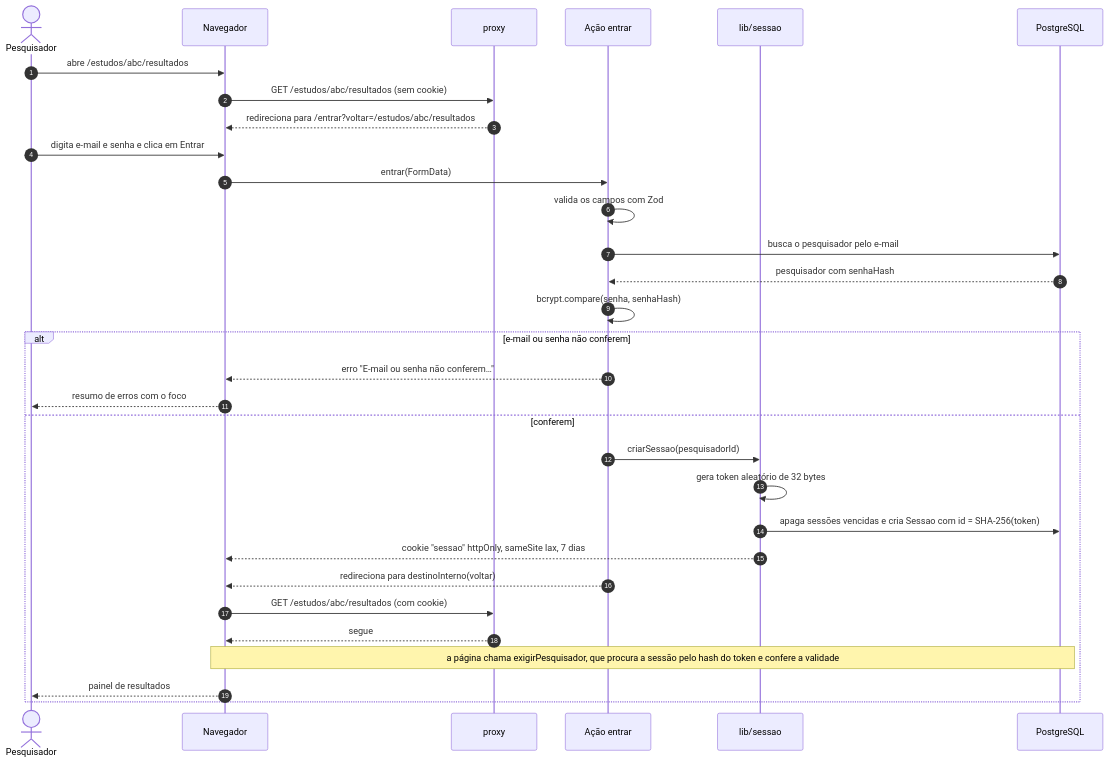
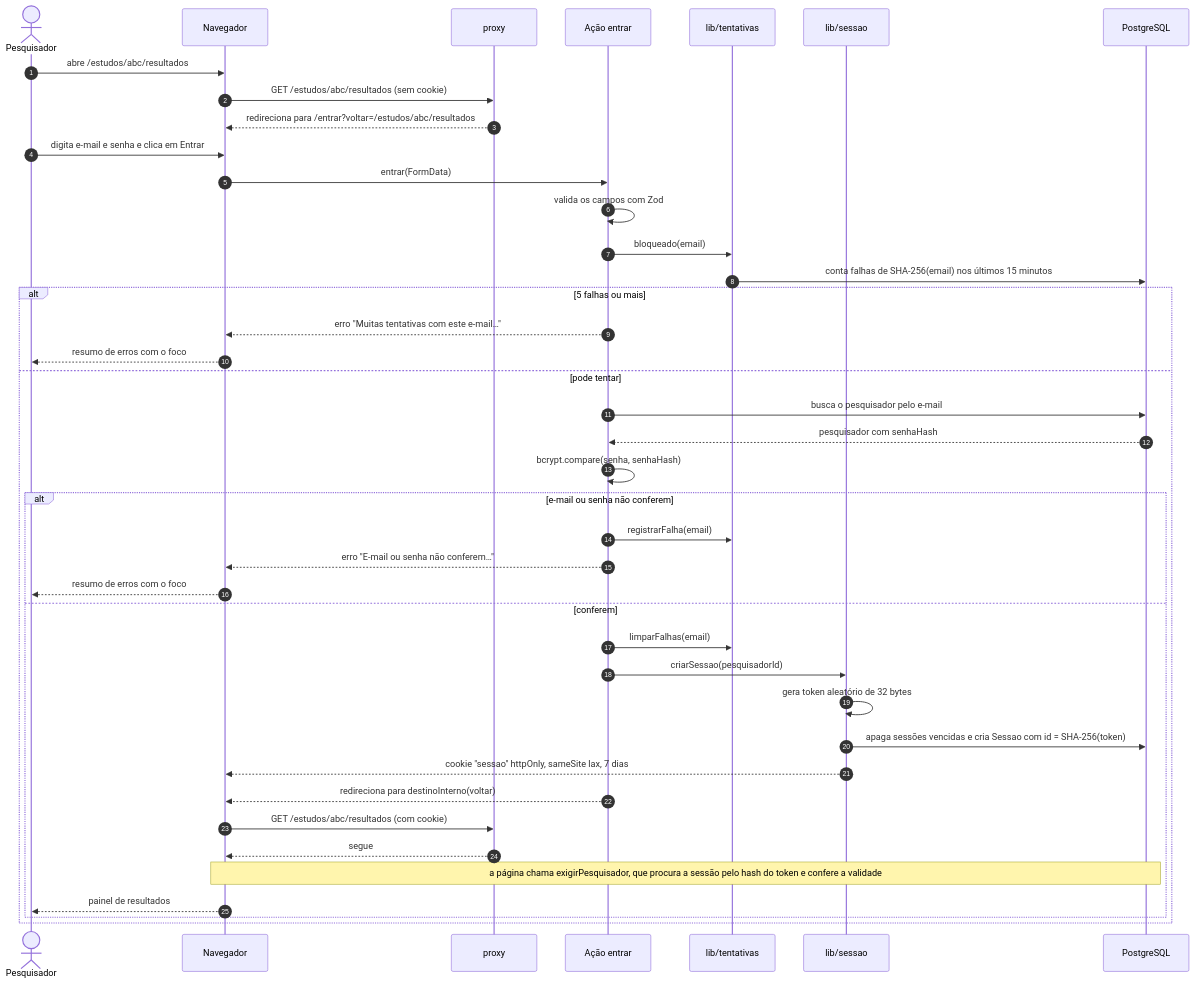
The first of 8 diagrams in docs/documentacao/diagramas-de-sequencia.md (gabrielfjm/ueq_form_ihc), drawn with Mermaid before and after one commit. The commit also changed other lines of this file and 54 other files, not shown here.

````diff
--- a/docs/documentacao/diagramas-de-sequencia.md
+++ b/docs/documentacao/diagramas-de-sequencia.md
@@ -29,34 +33,44 @@
 ```mermaid
 sequenceDiagram
     autonumber
     actor Pesq as Pesquisador
     participant Nav as Navegador
     participant Proxy as proxy
     participant Acao as Ação entrar
+    participant Tent as lib/tentativas
     participant Sessao as lib/sessao
     participant BD as PostgreSQL
 
     Pesq->>Nav: abre /estudos/abc/resultados
     Nav->>Proxy: GET /estudos/abc/resultados (sem cookie)
     Proxy-->>Nav: redireciona para /entrar?voltar=/estudos/abc/resultados
     Pesq->>Nav: digita e-mail e senha e clica em Entrar
     Nav->>Acao: entrar(FormData)
     Acao->>Acao: valida os campos com Zod
-    Acao->>BD: busca o pesquisador pelo e-mail
-    BD-->>Acao: pesquisador com senhaHash
-    Acao->>Acao: bcrypt.compare(senha, senhaHash)
-    alt e-mail ou senha não conferem
-        Acao-->>Nav: erro "E-mail ou senha não conferem…"
+    Acao->>Tent: bloqueado(email)
+    Tent->>BD: conta falhas de SHA-256(email) nos últimos 15 minutos
+    alt 5 falhas ou mais
+        Acao-->>Nav: erro "Muitas tentativas com este e-mail…"
         Nav-->>Pesq: resumo de erros com o foco
-    else conferem
-        Acao->>Sessao: criarSessao(pesquisadorId)
-        Sessao->>Sessao: gera token aleatório de 32 bytes
-        Sessao->>BD: apaga sessões vencidas e cria Sessao com id = SHA-256(token)
-        Sessao-->>Nav: cookie "sessao" httpOnly, sameSite lax, 7 dias
-        Acao-->>Nav: redireciona para destinoInterno(voltar)
-        Nav->>Proxy: GET /estudos/abc/resultados (com cookie)
-        Proxy-->>Nav: segue
-        Note over Nav,BD: a página chama exigirPesquisador, que procura a sessão pelo hash do token e confere a validade
-        Nav-->>Pesq: painel de resultados
+    else pode tentar
+        Acao->>BD: busca o pesquisador pelo e-mail
+        BD-->>Acao: pesquisador com senhaHash
+        Acao->>Acao: bcrypt.compare(senha, senhaHash)
+        alt e-mail ou senha não conferem
+            Acao->>Tent: registrarFalha(email)
+            Acao-->>Nav: erro "E-mail ou senha não conferem…"
+            Nav-->>Pesq: resumo de erros com o foco
+        else conferem
+            Acao->>Tent: limparFalhas(email)
+            Acao->>Sessao: criarSessao(pesquisadorId)
+            Sessao->>Sessao: gera token aleatório de 32 bytes
+            Sessao->>BD: apaga sessões vencidas e cria Sessao com id = SHA-256(token)
+            Sessao-->>Nav: cookie "sessao" httpOnly, sameSite lax, 7 dias
+            Acao-->>Nav: redireciona para destinoInterno(voltar)
+            Nav->>Proxy: GET /estudos/abc/resultados (com cookie)
+            Proxy-->>Nav: segue
+            Note over Nav,BD: a página chama exigirPesquisador, que procura a sessão pelo hash do token e confere a validade
+            Nav-->>Pesq: painel de resultados
+        end
     end
 ```
````
